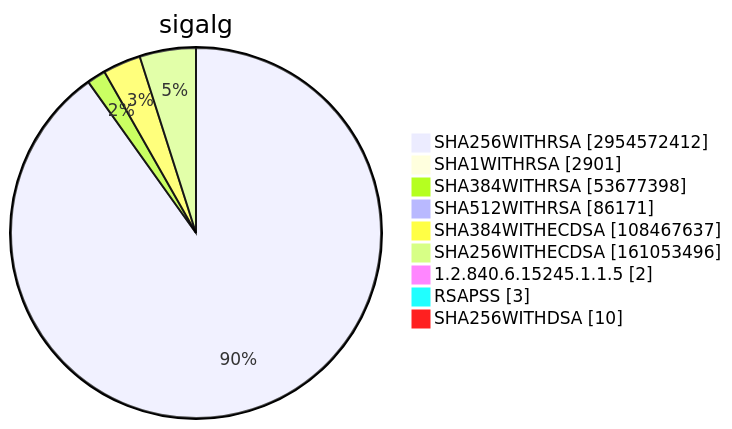
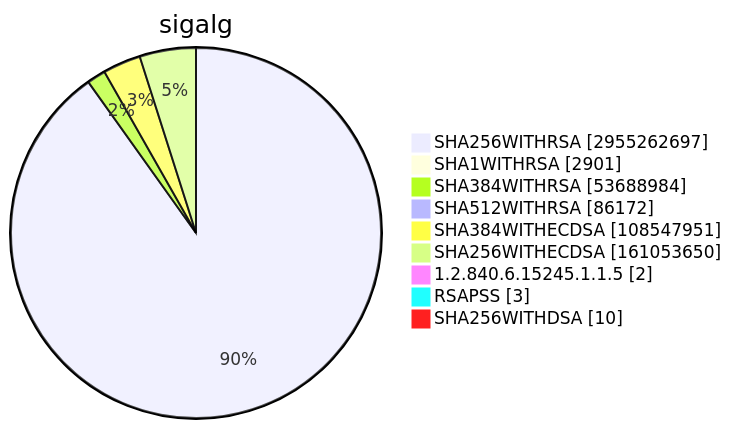
Diagram 15 of 15 in TOTAL/README.md (christiankrug/ctmonitor_visualization), drawn with Mermaid before and after one commit. The commit also changed other lines of this file, not shown here.

````diff
--- a/TOTAL/README.md
+++ b/TOTAL/README.md
@@ -6207,13 +6207,13 @@
 ```mermaid
 pie showData
 title sigalg
-"SHA256WITHRSA" :2954572412
+"SHA256WITHRSA" :2955262697
 "SHA1WITHRSA" :2901
-"SHA384WITHRSA" :53677398
-"SHA512WITHRSA" :86171
-"SHA384WITHECDSA" :108467637
-"SHA256WITHECDSA" :161053496
+"SHA384WITHRSA" :53688984
+"SHA512WITHRSA" :86172
+"SHA384WITHECDSA" :108547951
+"SHA256WITHECDSA" :161053650
 "1.2.840.6.15245.1.1.5" :2
 "RSAPSS" :3
 "SHA256WITHDSA" :10
 ```
````
